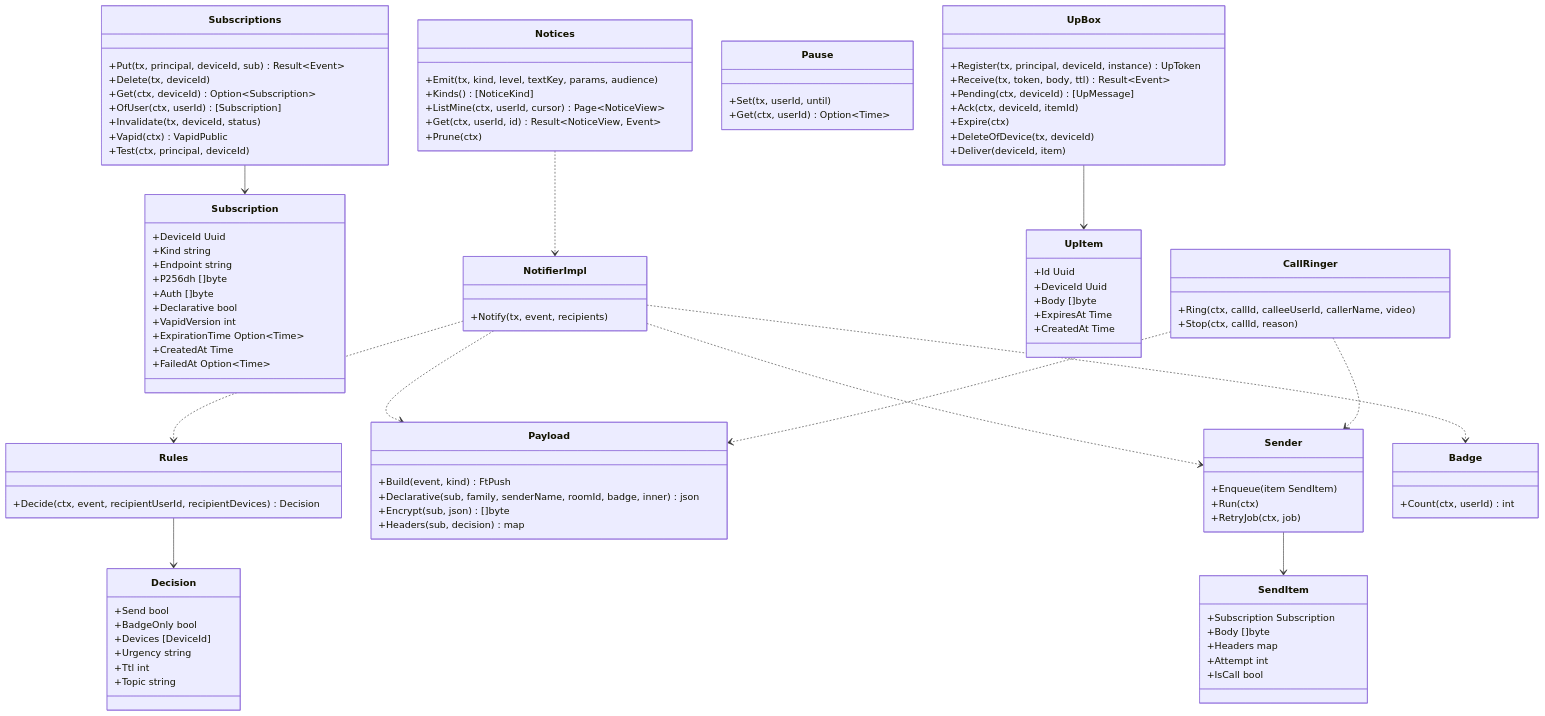
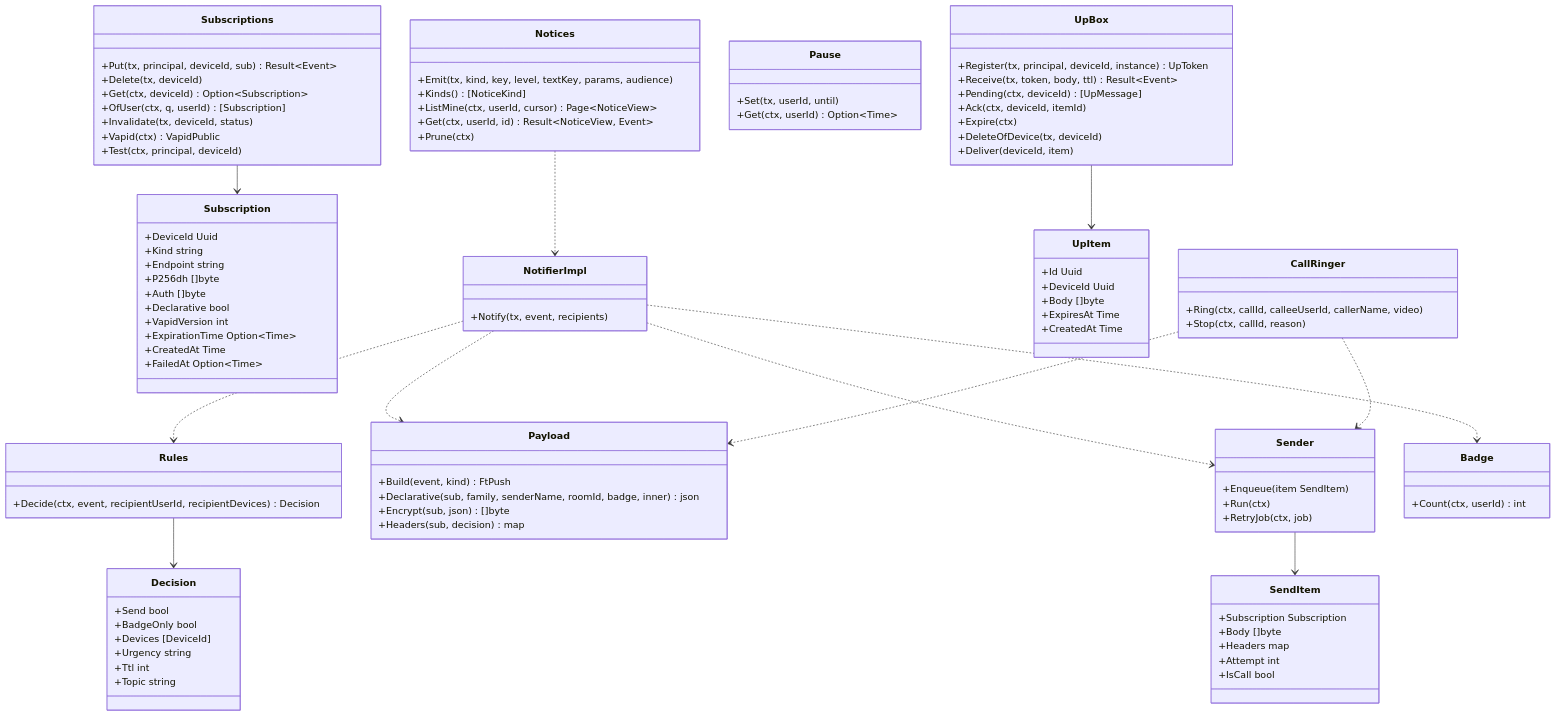
The diagram in dev/docs/jp/ブロック/srv-push.md (nrsd-ishikawasou/family-talk-pwa), drawn with Mermaid before and after one commit. The commit also changed other lines of this file and 117 other files, not shown here.

```diff
--- a/dev/docs/jp/ブロック/srv-push.md
+++ b/dev/docs/jp/ブロック/srv-push.md
@@ -66,7 +66,7 @@
     +Put(tx, principal, deviceId, sub) Result~Event~
     +Delete(tx, deviceId)
     +Get(ctx, deviceId) Option~Subscription~
-    +OfUser(ctx, userId) [Subscription]
+    +OfUser(ctx, q, userId) [Subscription]
     +Invalidate(tx, deviceId, status)
     +Vapid(ctx) VapidPublic
     +Test(ctx, principal, deviceId)
@@ -128,7 +128,7 @@
     +Get(ctx, userId) Option~Time~
   }
   class Notices {
-    +Emit(tx, kind, level, textKey, params, audience)
+    +Emit(tx, kind, key, level, textKey, params, audience)
     +Kinds() [NoticeKind]
     +ListMine(ctx, userId, cursor) Page~NoticeView~
     +Get(ctx, userId, id) Result~NoticeView, Event~
```
